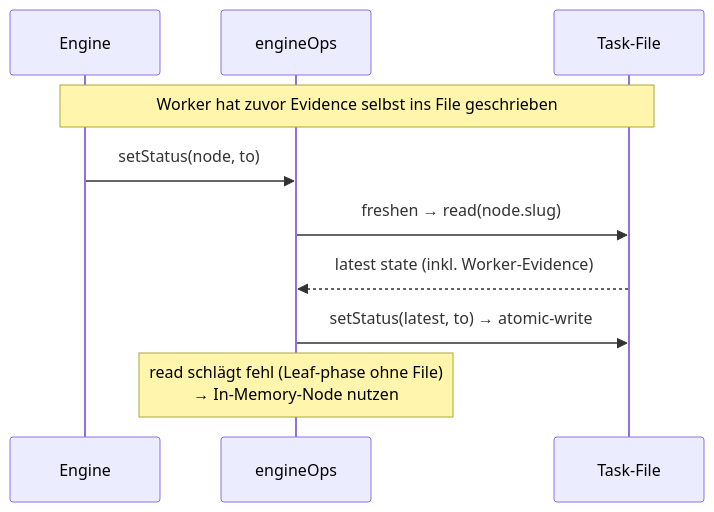
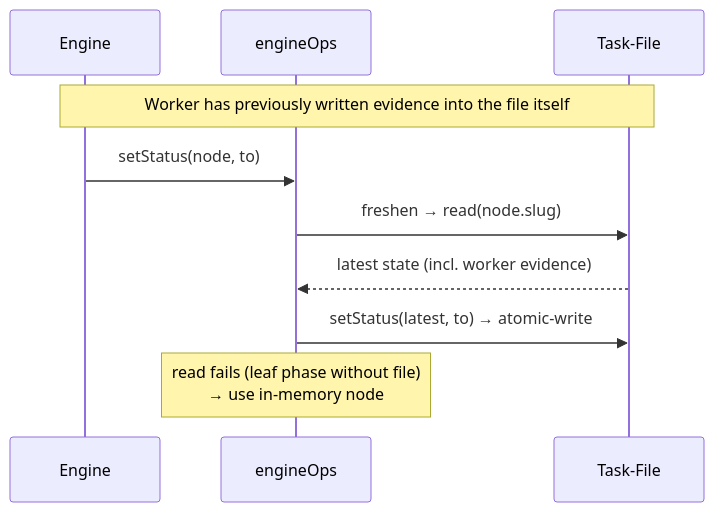
One commit to chafoo/anchored changed the diagram in docs/core/ops/engine-ops.md. Above: the diagram before and after it, drawn with Mermaid. The commit also changed other lines of this file and 131 other files, not shown here.

````diff
--- a/docs/core/ops/engine-ops.md
+++ b/docs/core/ops/engine-ops.md
@@ -21,12 +21,12 @@
 ```mermaid
 sequenceDiagram
     participant E as Engine
     participant EO as engineOps
     participant FS as Task-File
-    Note over E,FS: Worker hat zuvor Evidence selbst ins File geschrieben
+    Note over E,FS: Worker has previously written evidence into the file itself
     E->>EO: setStatus(node, to)
     EO->>FS: freshen → read(node.slug)
-    FS-->>EO: latest state (inkl. Worker-Evidence)
+    FS-->>EO: latest state (incl. worker evidence)
     EO->>FS: setStatus(latest, to) → atomic-write
-    Note over EO: read schlägt fehl (Leaf-phase ohne File)<br/>→ In-Memory-Node nutzen
+    Note over EO: read fails (leaf phase without file)<br/>→ use in-memory node
 ```
````
